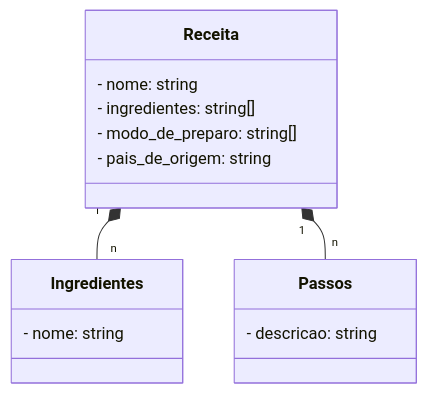
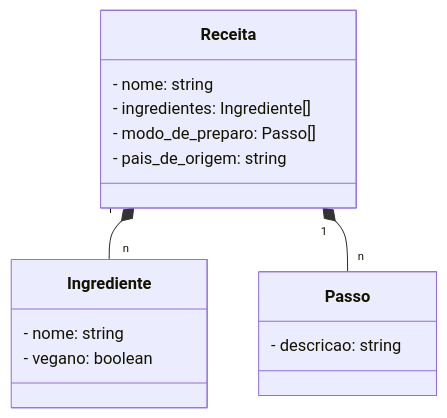
The diagram in README.md (JhonaelRocha/Desafio_RESTful_API_DIO), drawn with Mermaid before and after one commit.

````diff
--- a/README.md
+++ b/README.md
@@ -3,19 +3,20 @@
 ```mermaid
 classDiagram
 class Receita {
   - nome: string
-  - ingredientes: string[]
-  - modo_de_preparo: string[]
+  - ingredientes: Ingrediente[]
+  - modo_de_preparo: Passo[]
   - pais_de_origem: string
 }
-class Ingredientes {
+class Ingrediente {
   - nome: string
+  - vegano: boolean
 }
 
-class Passos {
+class Passo {
   - descricao: string
 }
 
-Receita "1" *-- "n" Ingredientes
-Receita "1" *-- "n" Passos
+Receita "1" *-- "n" Ingrediente
+Receita "1" *-- "n" Passo
 ```
````
